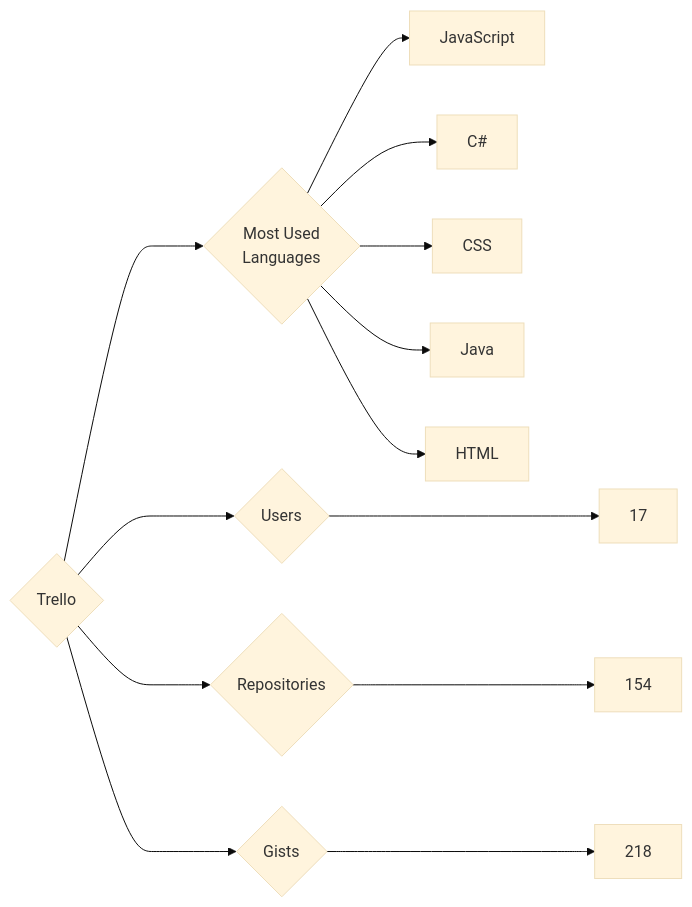
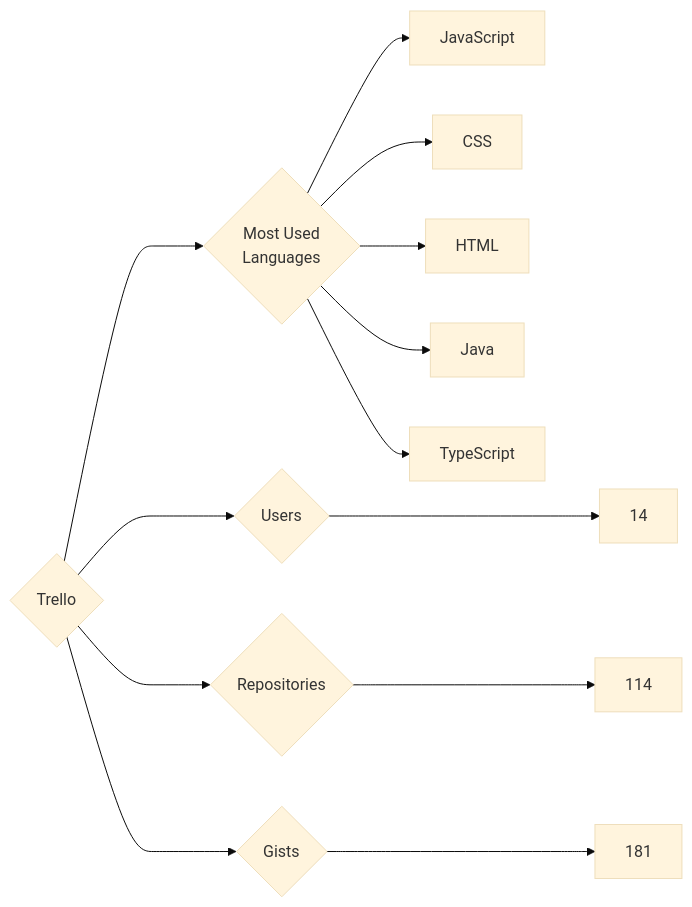
One commit to trickest/insiders changed the diagram in targets/Trello/README.md. Above: the diagram before and after it, drawn with Mermaid (base theme). The commit also changed 1479 other files, not shown here.

````diff
--- a/targets/Trello/README.md
+++ b/targets/Trello/README.md
@@ -3,13 +3,13 @@
 ```mermaid
 graph LR
 COMPANY_NAME{Trello}
-COMPANY_NAME ---> U{Users} ---> UN[17]
-COMPANY_NAME ---> R{Repositories} ---> RN[154]
-COMPANY_NAME ---> G{Gists} ---> GN[218]
+COMPANY_NAME ---> U{Users} ---> UN[14]
+COMPANY_NAME ---> R{Repositories} ---> RN[114]
+COMPANY_NAME ---> G{Gists} ---> GN[181]
 COMPANY_NAME ---> ML{Most Used<br>Languages}
 ML --> JavaScript[JavaScript]
-ML --> C#[C#]
 ML --> CSS[CSS]
+ML --> HTML[HTML]
 ML --> Java[Java]
-ML --> HTML[HTML]
+ML --> TypeScript[TypeScript]
 ```
````
